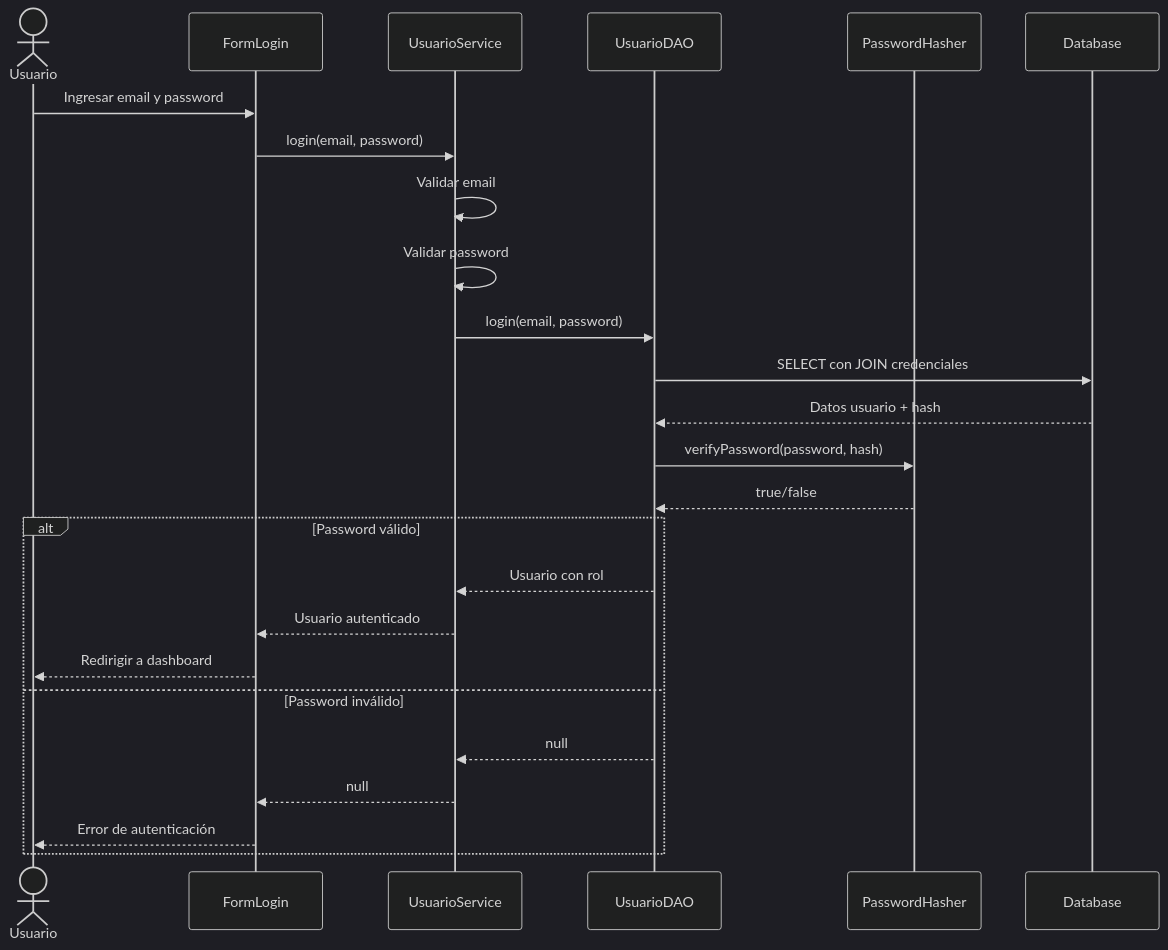
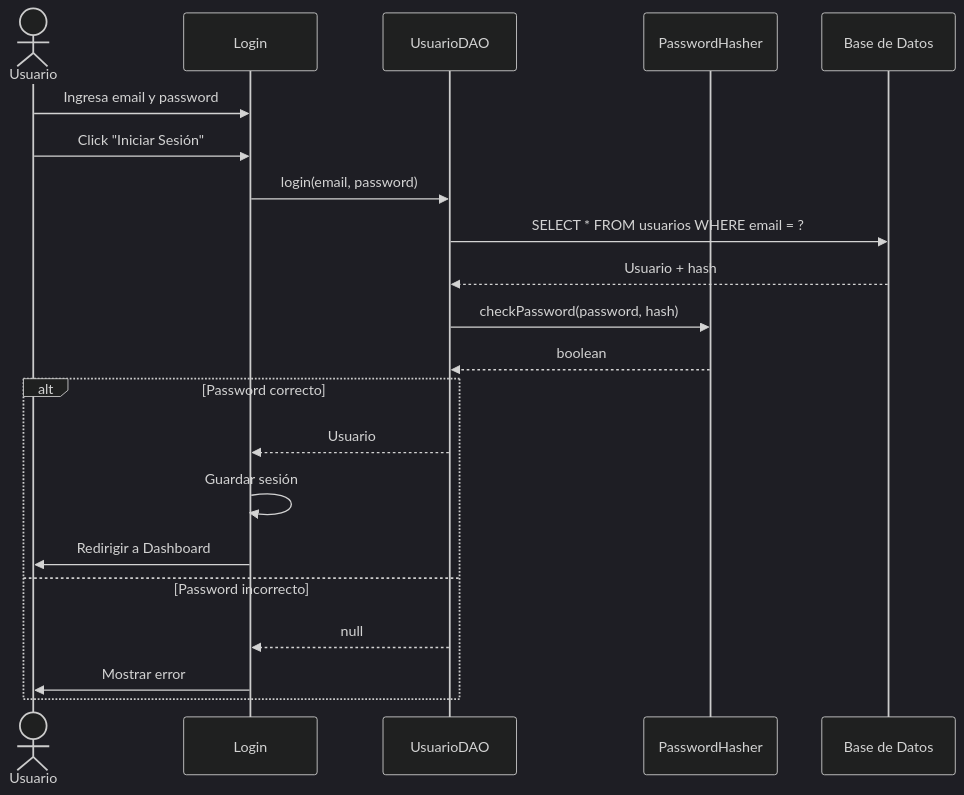
Before and after one commit to NandOwO/appTareas: the sixth of 8 diagrams in docs/DIAGRAMAS_UML.md, drawn with Mermaid (dark theme). The commit also changed other lines of this file and 33 other files, not shown here.

````diff
--- a/docs/DIAGRAMAS_UML.md
+++ b/docs/DIAGRAMAS_UML.md
@@ -247,32 +266,27 @@
 ```mermaid
 sequenceDiagram
     actor Usuario
-    participant UI as FormLogin
-    participant US as UsuarioService
-    participant UD as UsuarioDAO
+    participant UI as Login
+    participant DAO as UsuarioDAO
     participant PH as PasswordHasher
-    participant DB as Database
-
-    Usuario->>UI: Ingresar email y password
-    UI->>US: login(email, password)
+    participant BD as Base de Datos
     
-    US->>US: Validar email
-    US->>US: Validar password
+    Usuario->>UI: Ingresa email y password
+    Usuario->>UI: Click "Iniciar Sesión"
     
-    US->>UD: login(email, password)
-    UD->>DB: SELECT con JOIN credenciales
-    DB-->>UD: Datos usuario + hash
+    UI->>DAO: login(email, password)
+    DAO->>BD: SELECT * FROM usuarios WHERE email = ?
+    BD-->>DAO: Usuario + hash
     
-    UD->>PH: verifyPassword(password, hash)
-    PH-->>UD: true/false
+    DAO->>PH: checkPassword(password, hash)
+    PH-->>DAO: boolean
     
-    alt Password válido
-        UD-->>US: Usuario con rol
-        US-->>UI: Usuario autenticado
-        UI-->>Usuario: Redirigir a dashboard
-    else Password inválido
-        UD-->>US: null
-        US-->>UI: null
-        UI-->>Usuario: Error de autenticación
+    alt Password correcto
+        DAO-->>UI: Usuario
+        UI->>UI: Guardar sesión
+        UI->>Usuario: Redirigir a Dashboard
+    else Password incorrecto
+        DAO-->>UI: null
+        UI->>Usuario: Mostrar error
     end
 ```
````
